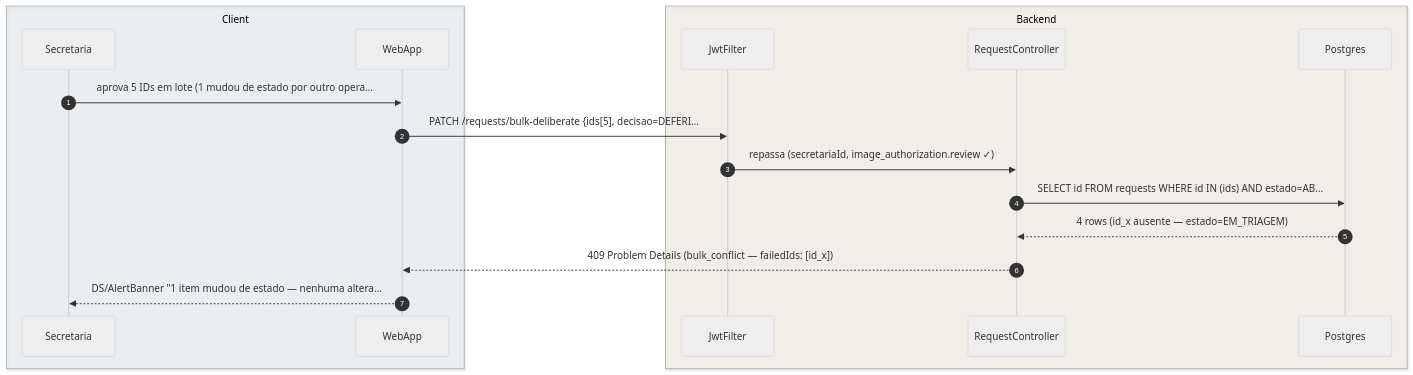
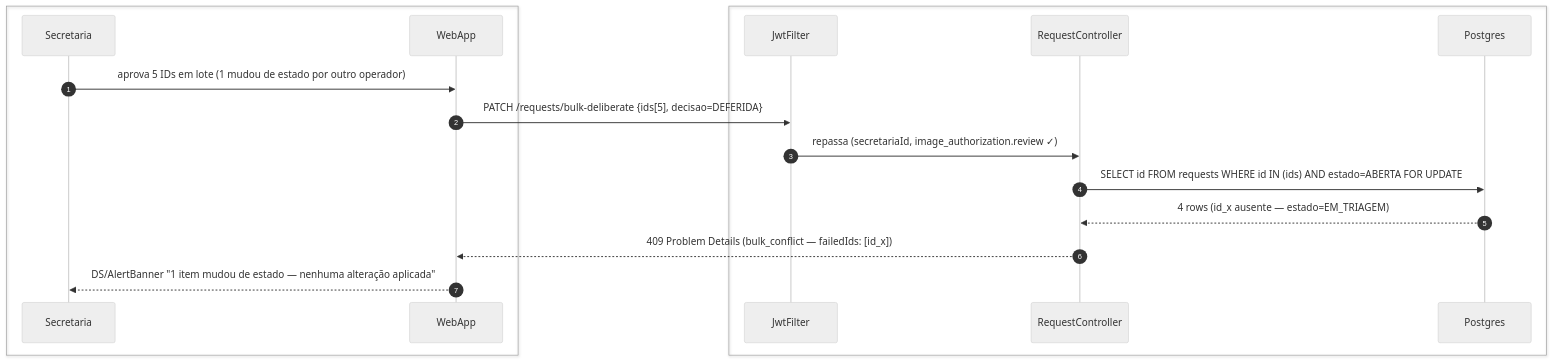
The third of 3 diagrams in foundationDocs/sequenceDiagrams/F5 — Secretaria/US-F5-006-AUTORIZACOES-IMAGEM.md (umishell/secretariaOnline2), drawn with Mermaid (neutral theme) before and after one commit. The commit also changed other lines of this file and 70 other files, not shown here.

First line of the commit message:
Enhance database documentation and introduce new schema files

````diff
--- a/foundationDocs/sequenceDiagrams/F5 — Secretaria/US-F5-006-AUTORIZACOES-IMAGEM.md
+++ b/foundationDocs/sequenceDiagrams/F5 — Secretaria/US-F5-006-AUTORIZACOES-IMAGEM.md
@@ -141,21 +141,21 @@
 ```mermaid
 sequenceDiagram
     autonumber
-    box rgba(230,245,255,0.3) Client
+    box #e8f4fc Cliente
         participant Secretaria
         participant WebApp
     end
-    box rgba(255,245,230,0.3) Backend
+    box #fff8ee Servidor
         participant JwtFilter
         participant RequestController
         participant Postgres
     end
 
-    Secretaria->>WebApp: aprova 5 IDs em lote (1 mudou de estado por outro opera…
-    WebApp->>JwtFilter: PATCH /requests/bulk-deliberate {ids[5], decisao=DEFERI…
+    Secretaria->>WebApp: aprova 5 IDs em lote (1 mudou de estado por outro operador)
+    WebApp->>JwtFilter: PATCH /requests/bulk-deliberate {ids[5], decisao=DEFERIDA}
     JwtFilter->>RequestController: repassa (secretariaId, image_authorization.review ✓)
-    RequestController->>Postgres: SELECT id FROM requests WHERE id IN (ids) AND estado=AB…
+    RequestController->>Postgres: SELECT id FROM requests WHERE id IN (ids) AND estado=ABERTA FOR UPDATE
     Postgres-->>RequestController: 4 rows (id_x ausente — estado=EM_TRIAGEM)
     RequestController-->>WebApp: 409 Problem Details (bulk_conflict — failedIds: [id_x])
-    WebApp-->>Secretaria: DS/AlertBanner "1 item mudou de estado — nenhuma altera…
+    WebApp-->>Secretaria: DS/AlertBanner "1 item mudou de estado — nenhuma alteração aplicada"
 ```
````
